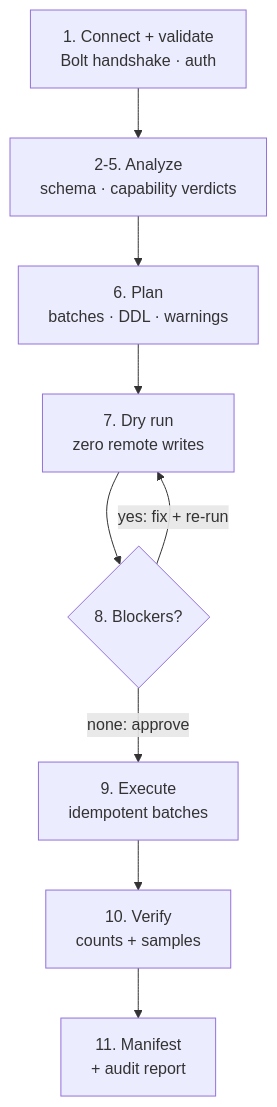
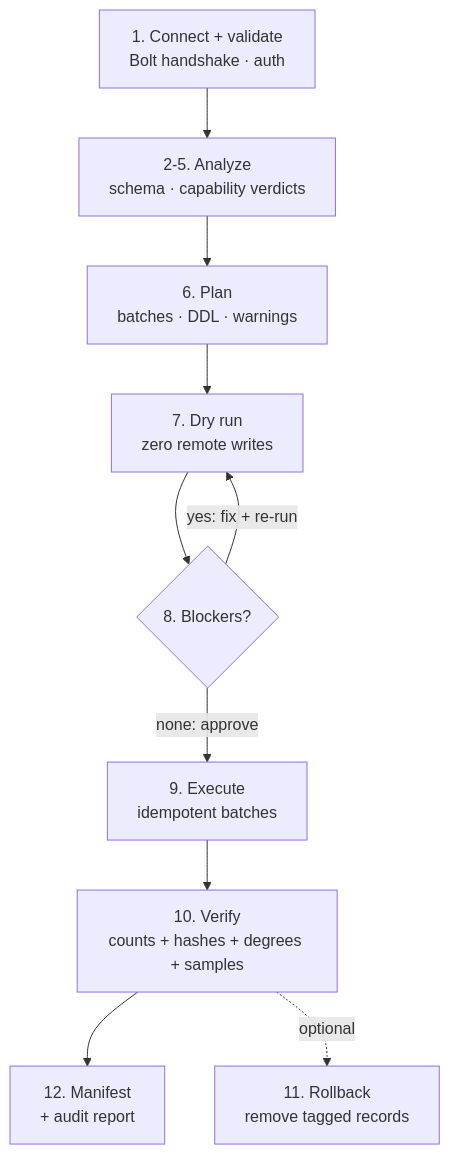
One commit to dhirajpatra/relating changed the fifth of 5 diagrams in README.md. Above: the diagram before and after it, drawn with Mermaid. The commit also changed other lines of this file and 84 other files, not shown here.

````diff
--- a/README.md
+++ b/README.md
@@ -402,11 +405,12 @@
 ```mermaid
 flowchart TB
     CONN["1. Connect + validate<br/>Bolt handshake · auth"] --> ANALYZE["2-5. Analyze<br/>schema · capability verdicts"]
     ANALYZE --> PLAN["6. Plan<br/>batches · DDL · warnings"]
     PLAN --> DRY["7. Dry run<br/>zero remote writes"]
     DRY --> GATE{"8. Blockers?"}
     GATE -- "yes: fix + re-run" --> DRY
     GATE -- "none: approve" --> EXEC["9. Execute<br/>idempotent batches"]
-    EXEC --> VERIFY["10. Verify<br/>counts + samples"]
-    VERIFY --> REPORT["11. Manifest<br/>+ audit report"]
+    EXEC --> VERIFY["10. Verify<br/>counts + hashes + degrees + samples"]
+    VERIFY --> REPORT["12. Manifest<br/>+ audit report"]
+    VERIFY -. "optional" .-> ROLLBACK["11. Rollback<br/>remove tagged records"]
 ```
````
